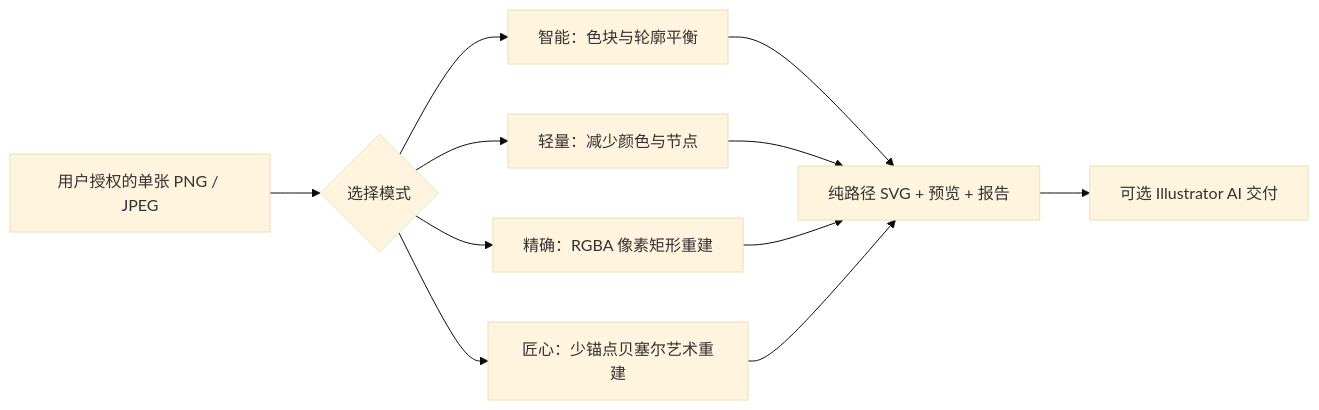
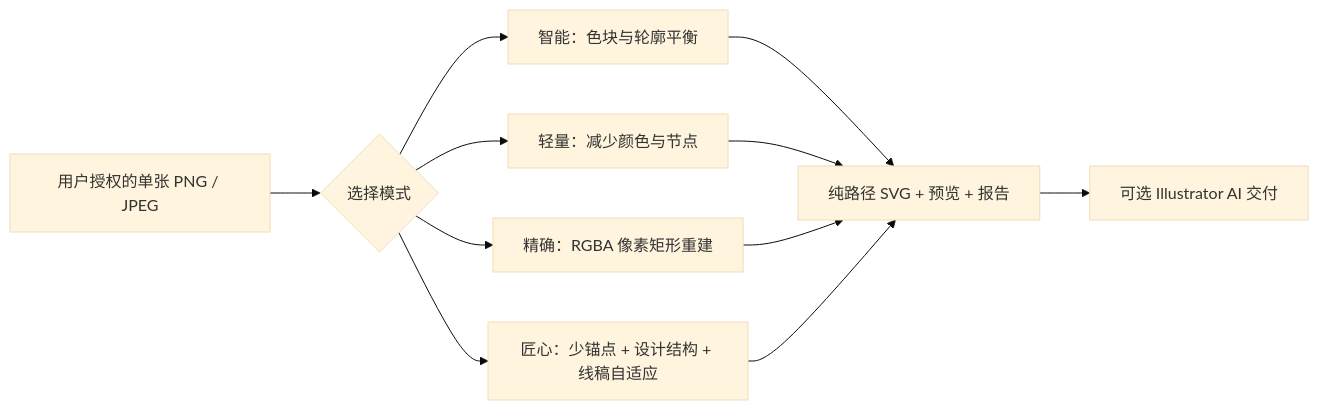
One commit to jianbaorui07-dot/CreNexus changed the first of 2 diagrams in README.md. Above: the diagram before and after it, drawn with Mermaid (base theme). The commit also changed other lines of this file and 13 other files, not shown here.

````diff
--- a/README.md
+++ b/README.md
@@ -14,13 +14,13 @@
 ```mermaid
 flowchart LR
   A["用户授权的单张 PNG / JPEG"] --> B{"选择模式"}
   B --> C["智能：色块与轮廓平衡"]
   B --> D["轻量：减少颜色与节点"]
   B --> E["精确：RGBA 像素矩形重建"]
-  B --> H["匠心：少锚点贝塞尔艺术重建"]
+  B --> H["匠心：少锚点 + 设计结构 + 线稿自适应"]
   C --> F["纯路径 SVG + 预览 + 报告"]
   D --> F
   E --> F
   H --> F
   F --> G["可选 Illustrator AI 交付"]
 ```
````
